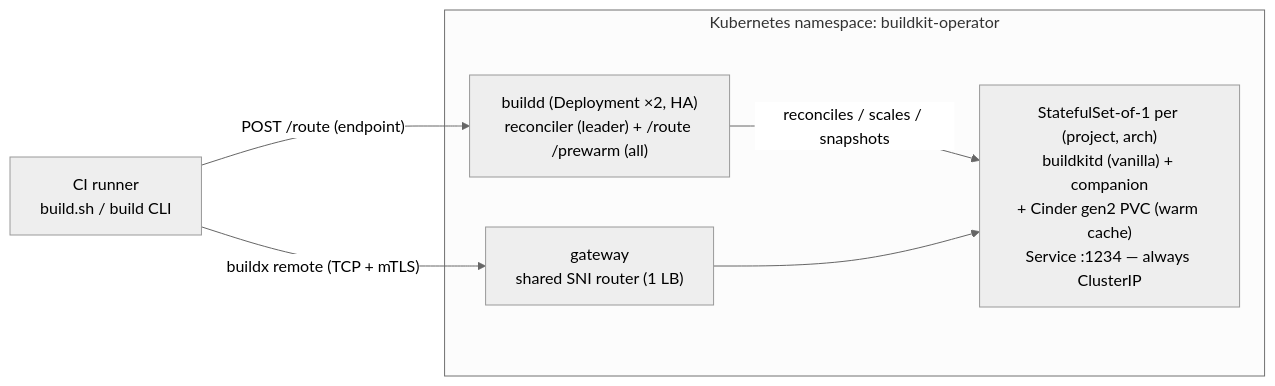
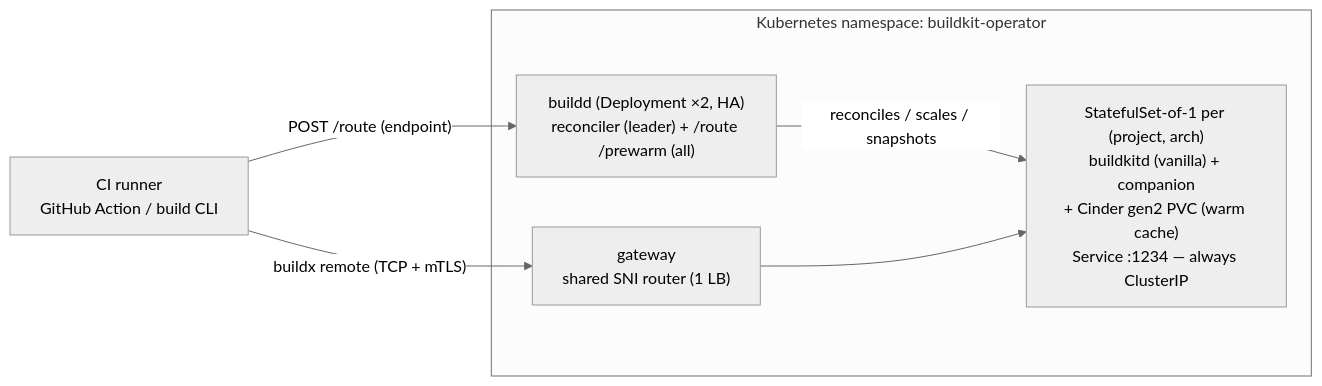
The diagram in docs/architecture.md (SocialGouv/buildkit-operator), drawn with Mermaid (neutral theme) before and after one commit. The commit also changed other lines of this file and 9 other files, not shown here.

````diff
--- a/docs/architecture.md
+++ b/docs/architecture.md
@@ -8,13 +8,13 @@
 ```mermaid
 flowchart LR
-    ci["CI runner<br/>build.sh / build CLI"]
+    ci["CI runner<br/>GitHub Action / build CLI"]
     subgraph ns["Kubernetes namespace: buildkit-operator"]
         buildd["buildd (Deployment ×2, HA)<br/>reconciler (leader) + /route /prewarm (all)"]
         gw["gateway<br/>shared SNI router (1 LB)"]
         sts["StatefulSet-of-1 per (project, arch)<br/>buildkitd (vanilla) + companion<br/>+ Cinder gen2 PVC (warm cache)<br/>Service :1234 — always ClusterIP"]
         buildd -- "reconciles / scales / snapshots" --> sts
         gw --> sts
     end
     ci -- "POST /route (endpoint)" --> buildd
     ci -- "buildx remote (TCP + mTLS)" --> gw
 ```
````
